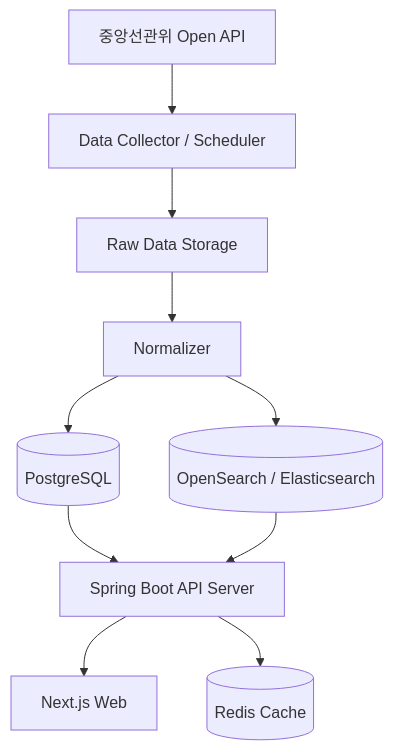
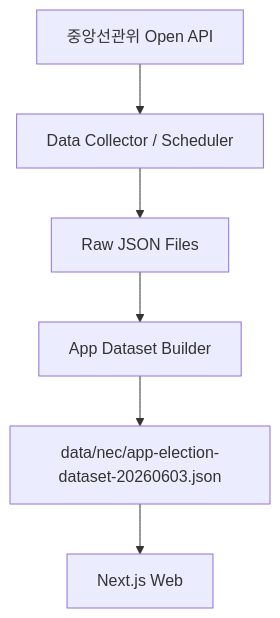
The diagram in README.md (SmileJune/before-you-vote), drawn with Mermaid before and after one commit. The commit also changed other lines of this file and 29 other files, not shown here.

````diff
--- a/README.md
+++ b/README.md
@@ -452,12 +393,8 @@
 ```mermaid
 flowchart TD
     A[중앙선관위 Open API] --> B[Data Collector / Scheduler]
-    B --> C[Raw Data Storage]
-    C --> D[Normalizer]
-    D --> E[(PostgreSQL)]
-    D --> F[(OpenSearch / Elasticsearch)]
-    E --> G[Spring Boot API Server]
-    F --> G
-    G --> H[Next.js Web]
-    G --> I[(Redis Cache)]
+    B --> C[Raw JSON Files]
+    C --> D[App Dataset Builder]
+    D --> E[data/nec/app-election-dataset-20260603.json]
+    E --> F[Next.js Web]
 ```
````
